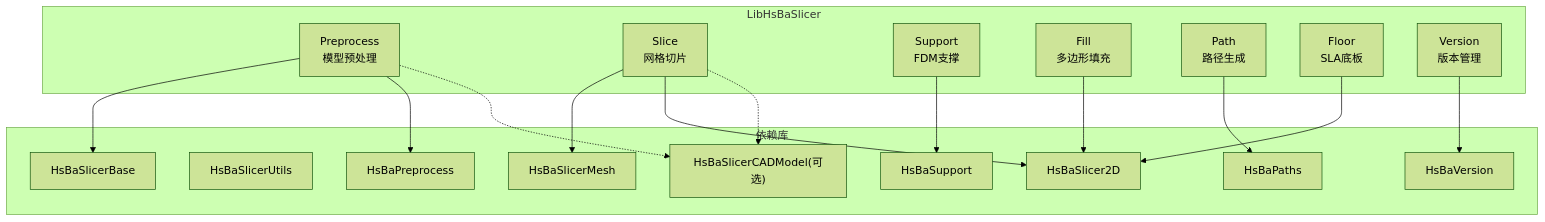
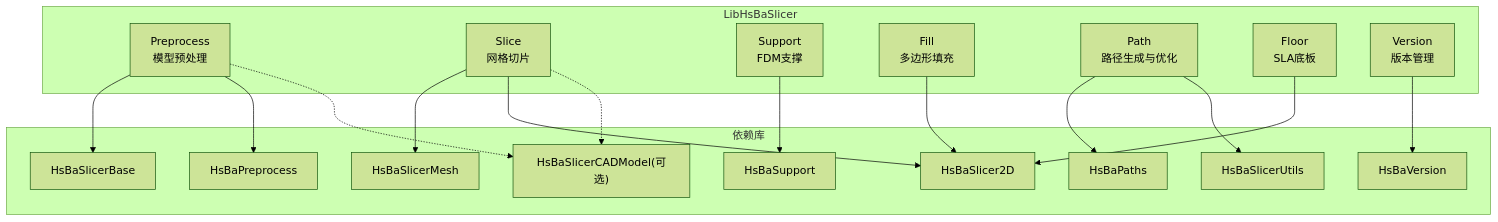
The first of 16 diagrams in .qoder/repowiki/zh/content/核心模块详解/LibHsBaSlicer核心库文档.md (hsmbanlance/HsBaSlicer), drawn with Mermaid (forest theme) before and after one commit. The commit also changed other lines of this file and 11 other files, not shown here.

````diff
--- a/.qoder/repowiki/zh/content/核心模块详解/LibHsBaSlicer核心库文档.md
+++ b/.qoder/repowiki/zh/content/核心模块详解/LibHsBaSlicer核心库文档.md
@@ -67,34 +72,35 @@
 ```mermaid
 graph TB
 subgraph "LibHsBaSlicer"
 A["Preprocess<br/>模型预处理"]
 B["Slice<br/>网格切片"]
 C["Support<br/>FDM支撑"]
 D["Fill<br/>多边形填充"]
-E["Path<br/>路径生成"]
+E["Path<br/>路径生成与优化"]
 F["Floor<br/>SLA底板"]
 G["Version<br/>版本管理"]
 end
 subgraph "依赖库"
 L1["HsBaSlicerBase"]
 L2["HsBaSlicerUtils"]
 L3["HsBaSlicerMesh"]
 L4["HsBaSlicer2D"]
 L5["HsBaPreprocess"]
 L6["HsBaSupport"]
 L7["HsBaPaths"]
 L8["HsBaSlicerCADModel(可选)"]
 L9["HsBaVersion"]
 end
 A --> L1
 A --> L5
 B --> L3
 B --> L4
 C --> L6
 D --> L4
 E --> L7
+E --> L2
 F --> L4
 G --> L9
 A -.-> L8
 B -.-> L8
 ```
````
